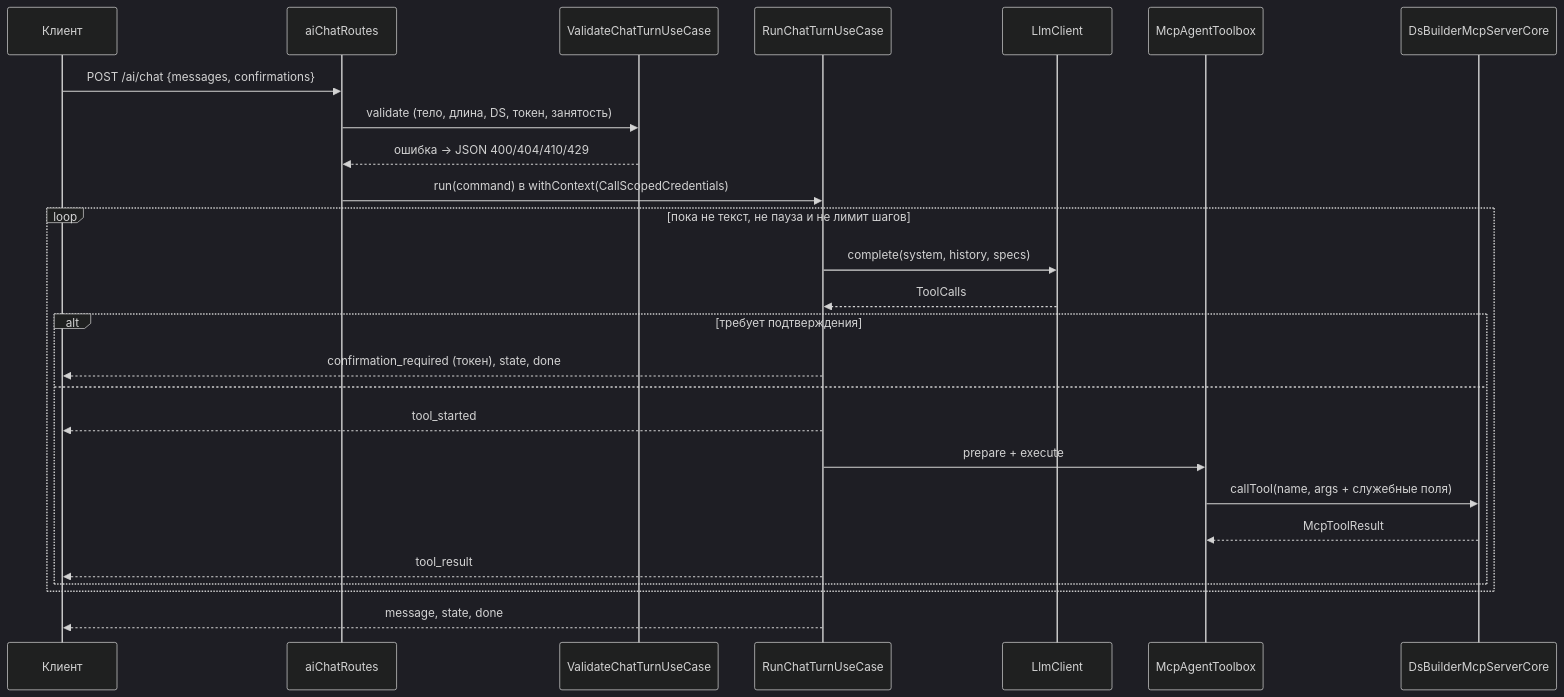
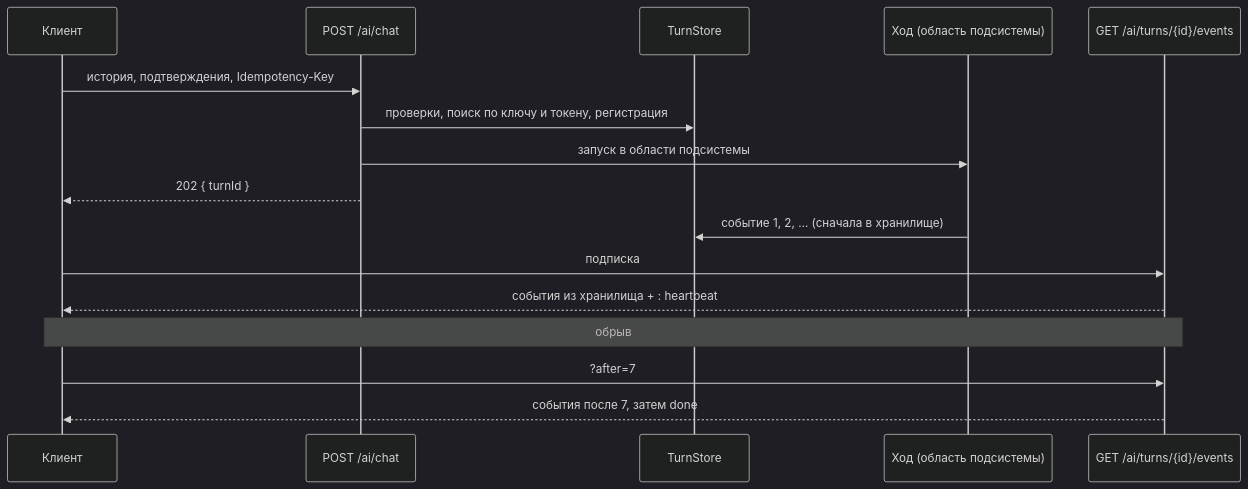
The second of 2 diagrams in openspec/changes/add-builder-ai-chat/design.md (salute-developers/design-system-builder), drawn with Mermaid (dark theme) before and after one commit. The commit also changed other lines of this file and 7 other files, not shown here.

````diff
--- a/openspec/changes/add-builder-ai-chat/design.md
+++ b/openspec/changes/add-builder-ai-chat/design.md
@@ -354,28 +123,18 @@
 ```mermaid
 sequenceDiagram
     participant C as Клиент
-    participant R as aiChatRoutes
-    participant V as ValidateChatTurnUseCase
-    participant U as RunChatTurnUseCase
-    participant L as LlmClient
-    participant T as McpAgentToolbox
-    participant K as DsBuilderMcpServerCore
-    C->>R: POST /ai/chat {messages, confirmations}
-    R->>V: validate (тело, длина, DS, токен, занятость)
-    V-->>R: ошибка → JSON 400/404/410/429
-    R->>U: run(command) в withContext(CallScopedCredentials)
-    loop пока не текст, не пауза и не лимит шагов
-        U->>L: complete(system, history, specs)
-        L-->>U: ToolCalls
-        alt требует подтверждения
-            U-->>C: confirmation_required (токен), state, done
-        else
-            U-->>C: tool_started
-            U->>T: prepare + execute
-            T->>K: callTool(name, args + служебные поля)
-            K-->>T: McpToolResult
-            U-->>C: tool_result
-        end
-    end
-    U-->>C: message, state, done
+    participant P as POST /ai/chat
+    participant S as TurnStore
+    participant W as Ход (область подсистемы)
+    participant G as GET /ai/turns/{id}/events
+    C->>P: история, подтверждения, Idempotency-Key
+    P->>S: проверки, поиск по ключу и токену, регистрация
+    P->>W: запуск в области подсистемы
+    P-->>C: 202 { turnId }
+    W->>S: событие 1, 2, … (сначала в хранилище)
+    C->>G: подписка
+    G-->>C: события из хранилища + : heartbeat
+    Note over C,G: обрыв
+    C->>G: ?after=7
+    G-->>C: события после 7, затем done
 ```
````
